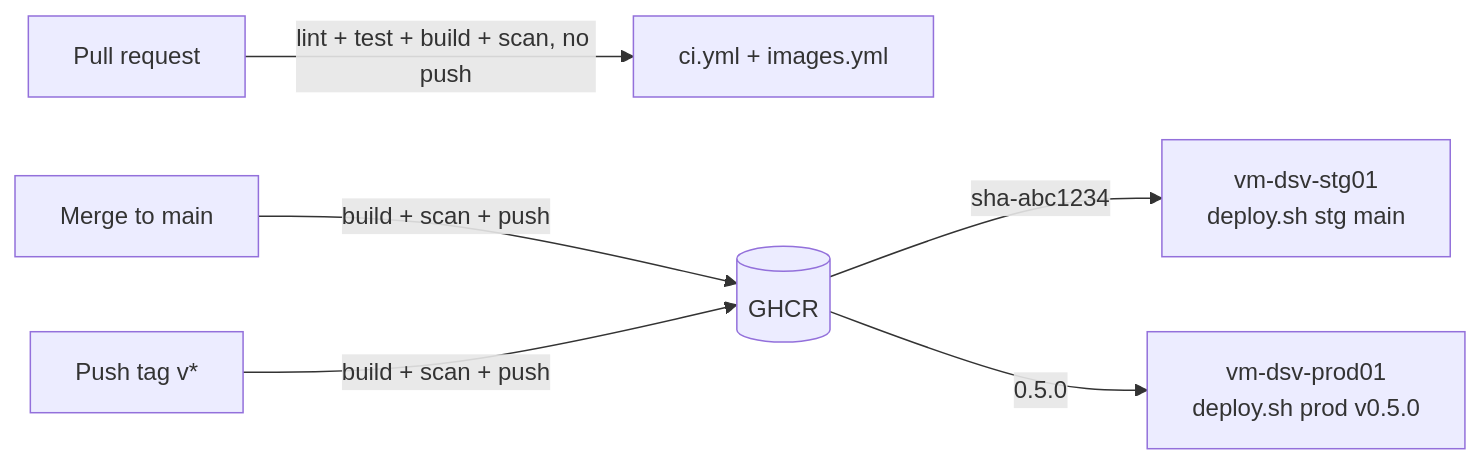
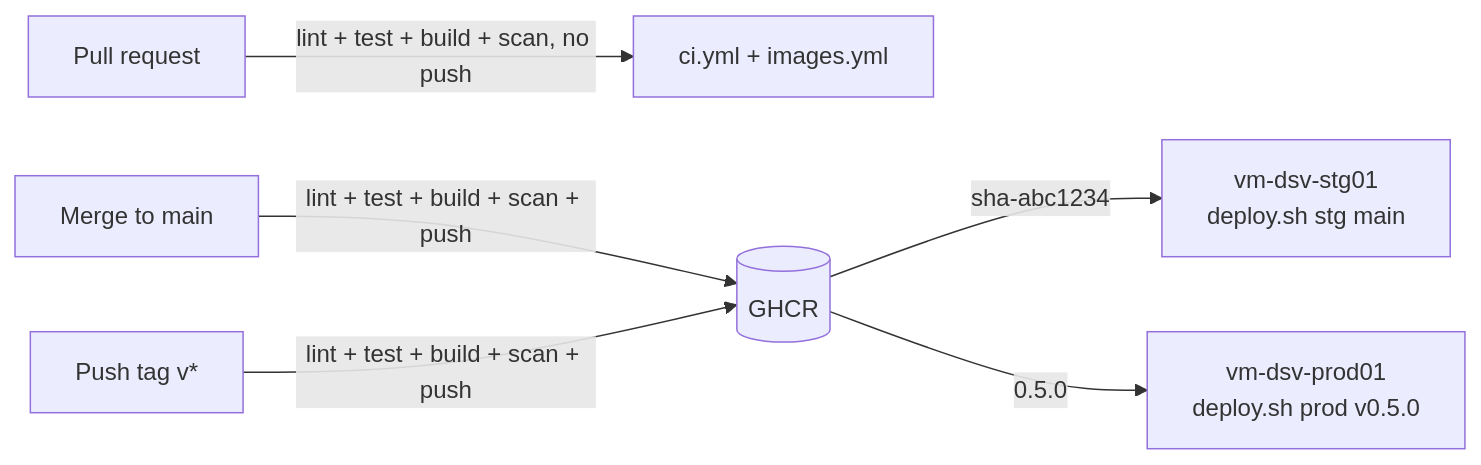
Before and after one commit to im-kenough/DineSafeViz: the diagram in docs/explanation/azure-vm/ci-cd.md, drawn with Mermaid. The commit also changed other lines of this file and 10 other files, not shown here.

````diff
--- a/docs/explanation/azure-vm/ci-cd.md
+++ b/docs/explanation/azure-vm/ci-cd.md
@@ -19,8 +19,8 @@
 ```mermaid
 flowchart LR
     pr[Pull request] -->|lint + test + build + scan, no push| ci[ci.yml + images.yml]
-    main[Merge to main] -->|build + scan + push| ghcr[(GHCR)]
-    tag[Push tag v*] -->|build + scan + push| ghcr
+    main[Merge to main] -->|lint + test + build + scan + push| ghcr[(GHCR)]
+    tag[Push tag v*] -->|lint + test + build + scan + push| ghcr
     ghcr -->|"sha-abc1234"| stg["vm-dsv-stg01<br/>deploy.sh stg main"]
     ghcr -->|"0.5.0"| prod["vm-dsv-prod01<br/>deploy.sh prod v0.5.0"]
 ```
````
